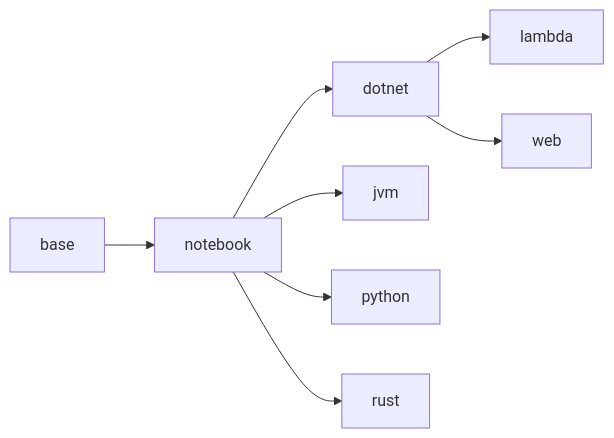
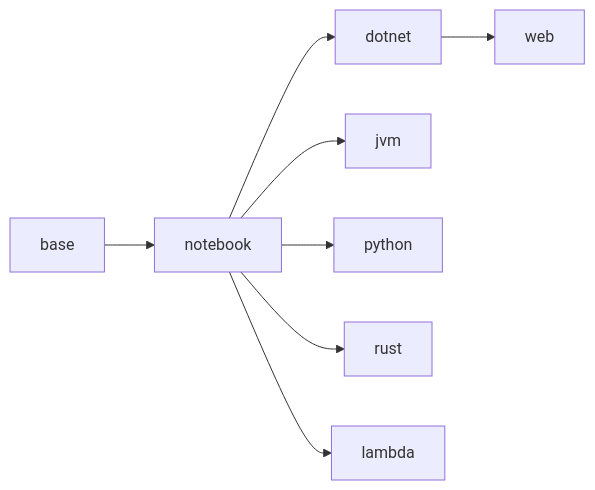
Before and after one commit to jhwohlgemuth/my-virtual-machine-setup: the diagram in dev-with-containers/README.md, drawn with Mermaid. The commit also changed 1 other file, not shown here.

Commit message:
feat: Build lambda from notebook (for real)

````diff
--- a/dev-with-containers/README.md
+++ b/dev-with-containers/README.md
@@ -62,10 +62,10 @@
 ```mermaid
 graph LR
     base --> notebook
     notebook --> dotnet
     notebook --> jvm
     notebook --> python
     notebook --> rust
-    dotnet --> lambda
+    notebook --> lambda
     dotnet --> web
 ```
````
